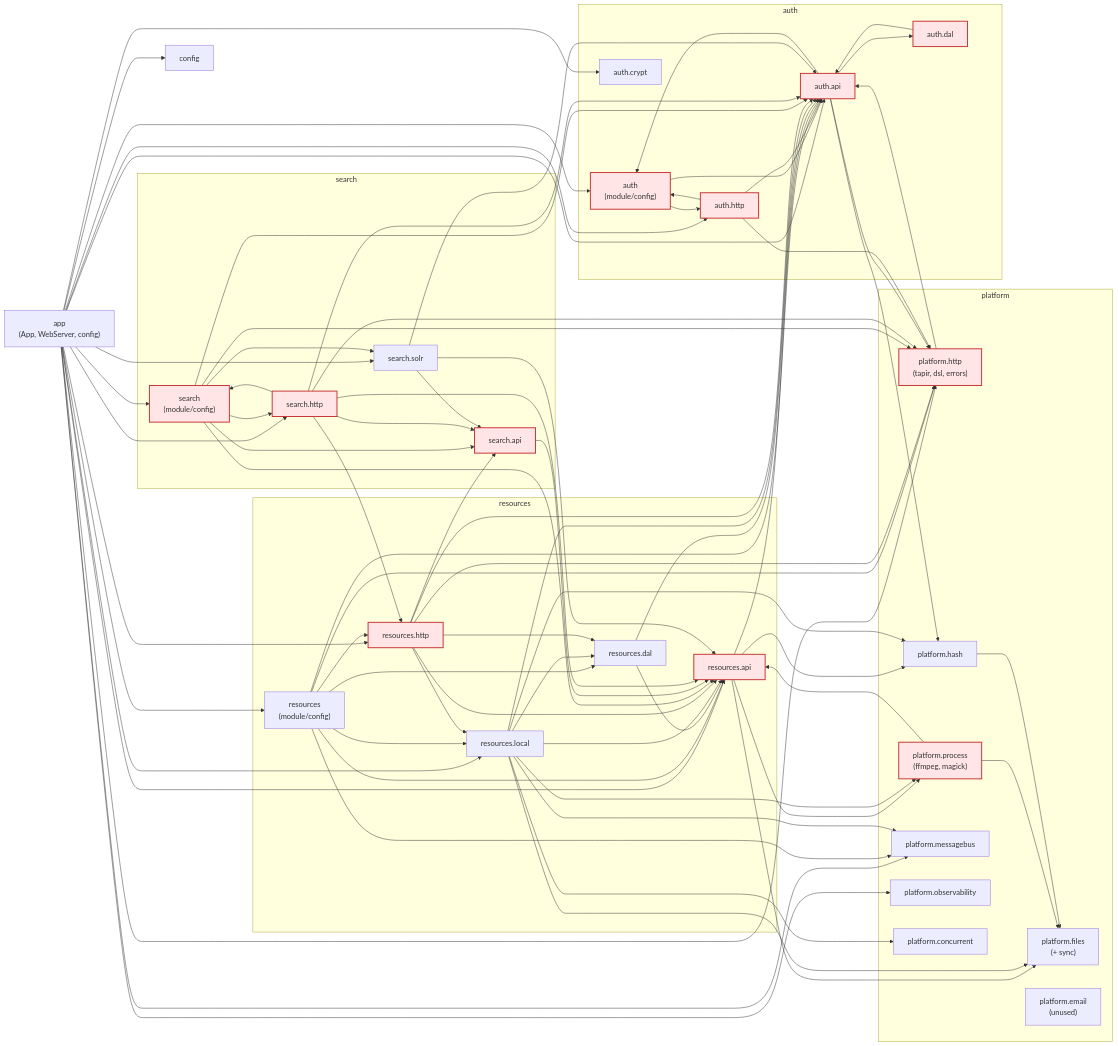
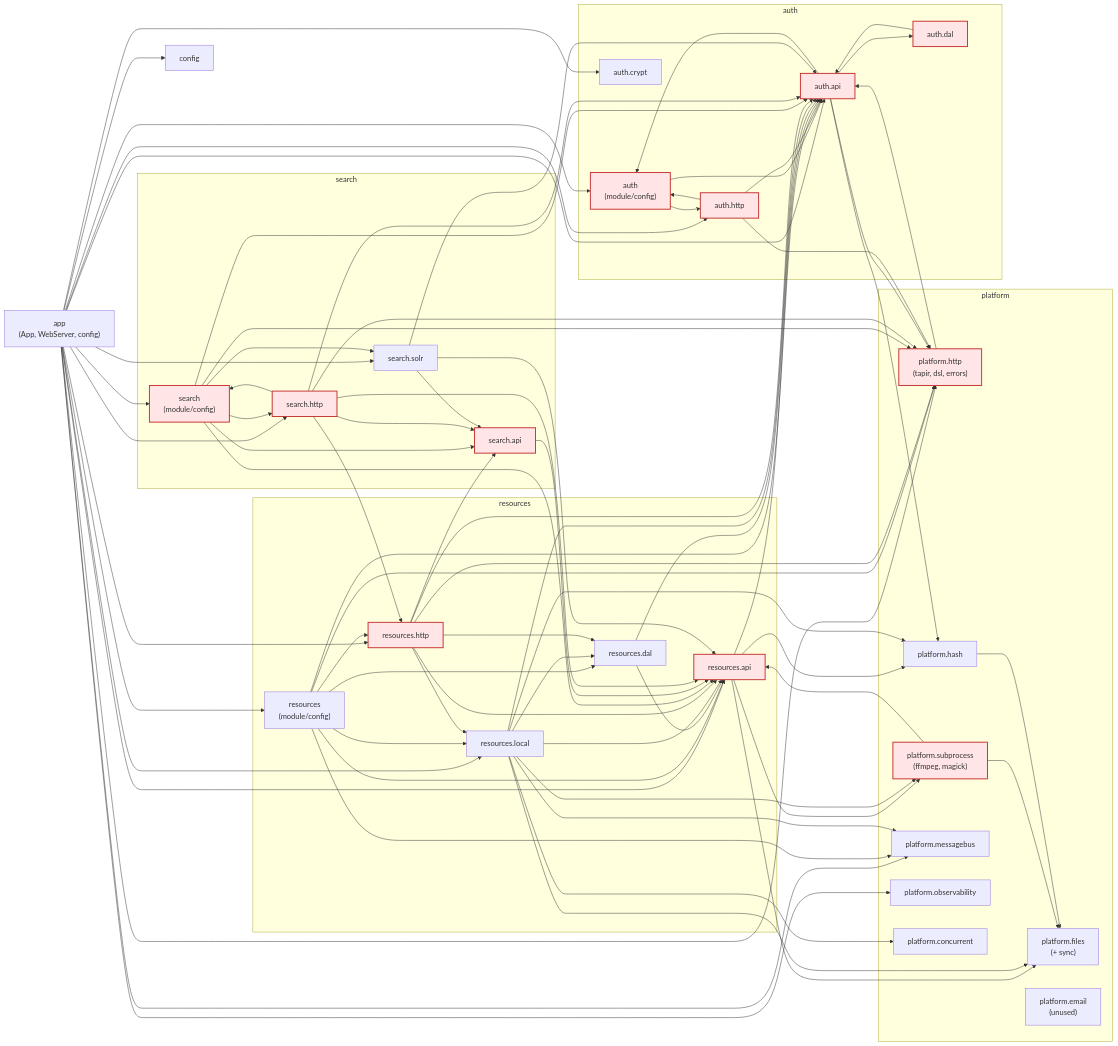
The first of 2 diagrams in docs/modules/module-boundaries.md (merlijn/amony), drawn with Mermaid before and after one commit. The commit also changed other lines of this file and 17 other files, not shown here.

Commit message:
refactor(backend): rename process module to subprocess

````diff
--- a/docs/modules/module-boundaries.md
+++ b/docs/modules/module-boundaries.md
@@ -22,7 +22,7 @@
 
   subgraph platform_group["platform"]
     platform_http["platform.http<br/>(tapir, dsl, errors)"]
-    platform_process["platform.process<br/>(ffmpeg, magick)"]
+    platform_subprocess["platform.subprocess<br/>(ffmpeg, magick)"]
     platform_files["platform.files<br/>(+ sync)"]
     platform_hash["platform.hash"]
     platform_msg["platform.messagebus"]
@@ -93,7 +93,7 @@
   res_api --> auth_api
   res_api --> platform_files
   res_api --> platform_hash
-  res_api --> platform_process
+  res_api --> platform_subprocess
   res_dal --> res_api
   res_dal --> auth_api
   res_local --> res_api
@@ -103,7 +103,7 @@
   res_local --> platform_hash
   res_local --> platform_msg
   res_local --> platform_conc
-  res_local --> platform_process
+  res_local --> platform_subprocess
   res_http --> res_api
   res_http --> res_dal
   res_http --> res_local
@@ -129,10 +129,10 @@
   search_solr --> res_api
 
   platform_http --> auth_api
-  platform_process --> res_api
-  platform_process --> platform_files
+  platform_subprocess --> res_api
+  platform_subprocess --> platform_files
   platform_hash --> platform_files
 
   classDef cycle fill:#ffe5e5,stroke:#c53030,stroke-width:2px;
-  class platform_http,auth,auth_api,auth_dal,auth_http,platform_process,res_api,res_http,search_api,search,search_http cycle;
+  class platform_http,auth,auth_api,auth_dal,auth_http,platform_subprocess,res_api,res_http,search_api,search,search_http cycle;
 ```
````
